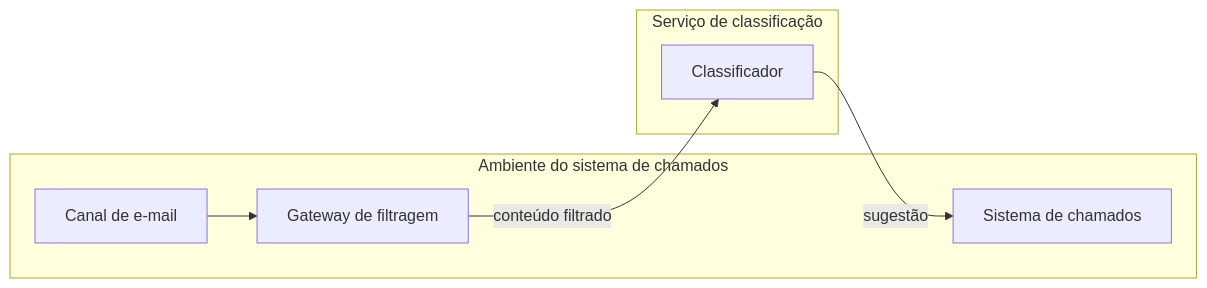
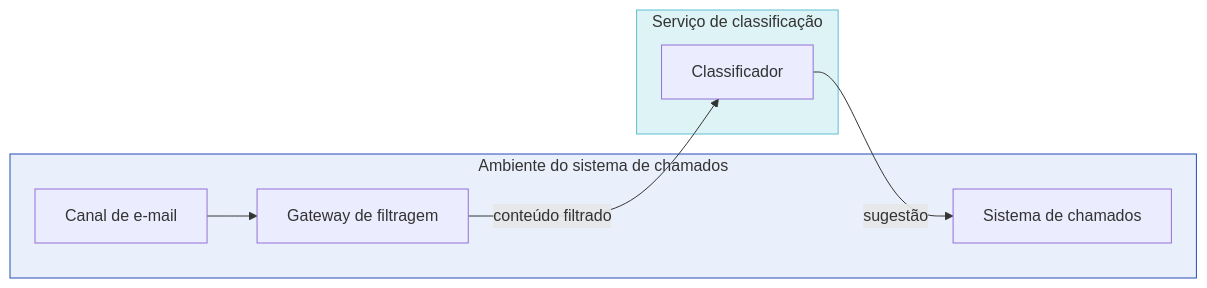
The fifth of 5 diagrams in docs/modulo-2-desenho-conceitual/conceitos.md (aulas-marco/arquitetura-solucoes-ia-generativa), drawn with Mermaid before and after one commit. The commit also changed other lines of this file and 3 other files, not shown here.

First line of the commit message:
Adiciona cores semânticas aos diagramas e explica as seções analíticas do exemplo arquitetural

````diff
--- a/docs/modulo-2-desenho-conceitual/conceitos.md
+++ b/docs/modulo-2-desenho-conceitual/conceitos.md
@@ -114,14 +127,17 @@
 ```mermaid
 flowchart LR
     subgraph SC_ENV["Ambiente do sistema de chamados"]
         UI[Canal de e-mail]
         GW[Gateway de filtragem]
         SC[Sistema de chamados]
     end
     subgraph MOD_ENV["Serviço de classificação"]
         CLS[Classificador]
     end
     UI --> GW
     GW -->|conteúdo filtrado| CLS
     CLS -->|sugestão| SC
+
+    style SC_ENV fill:#EAF0FB,stroke:#254DB8,stroke-width:1px;
+    style MOD_ENV fill:#DDF3F6,stroke:#5FC0D1,stroke-width:1px;
 ```
````
